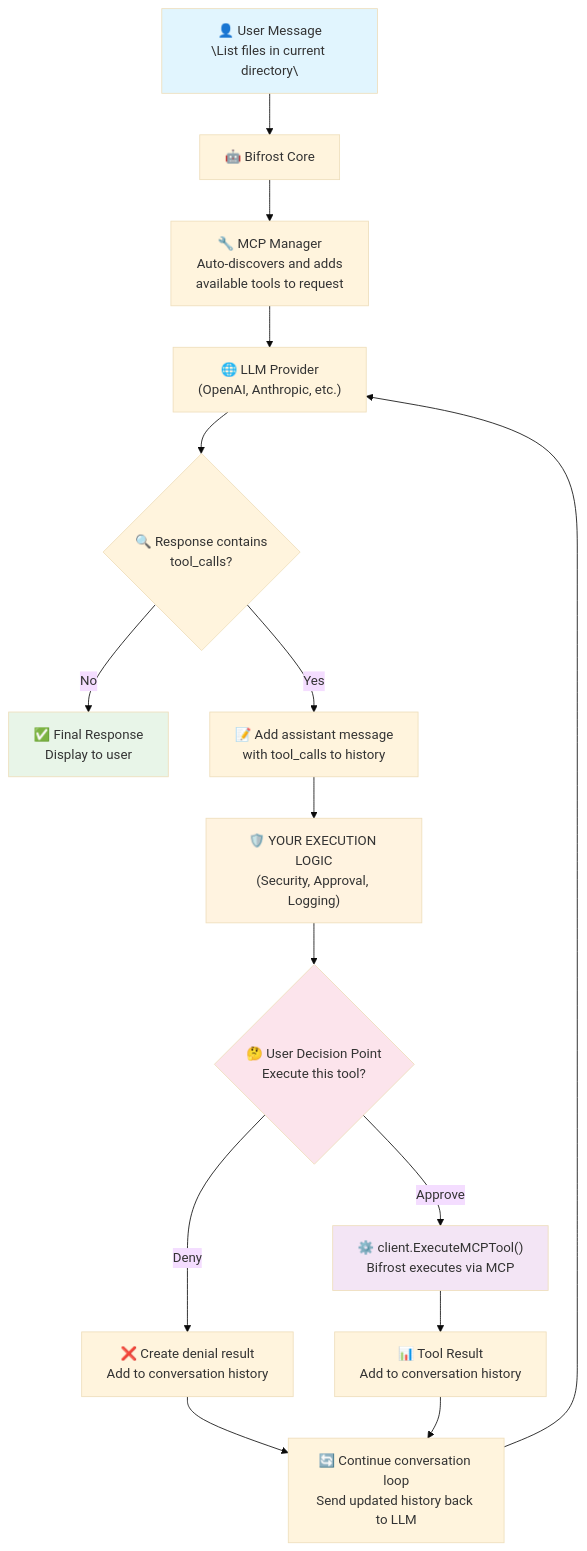
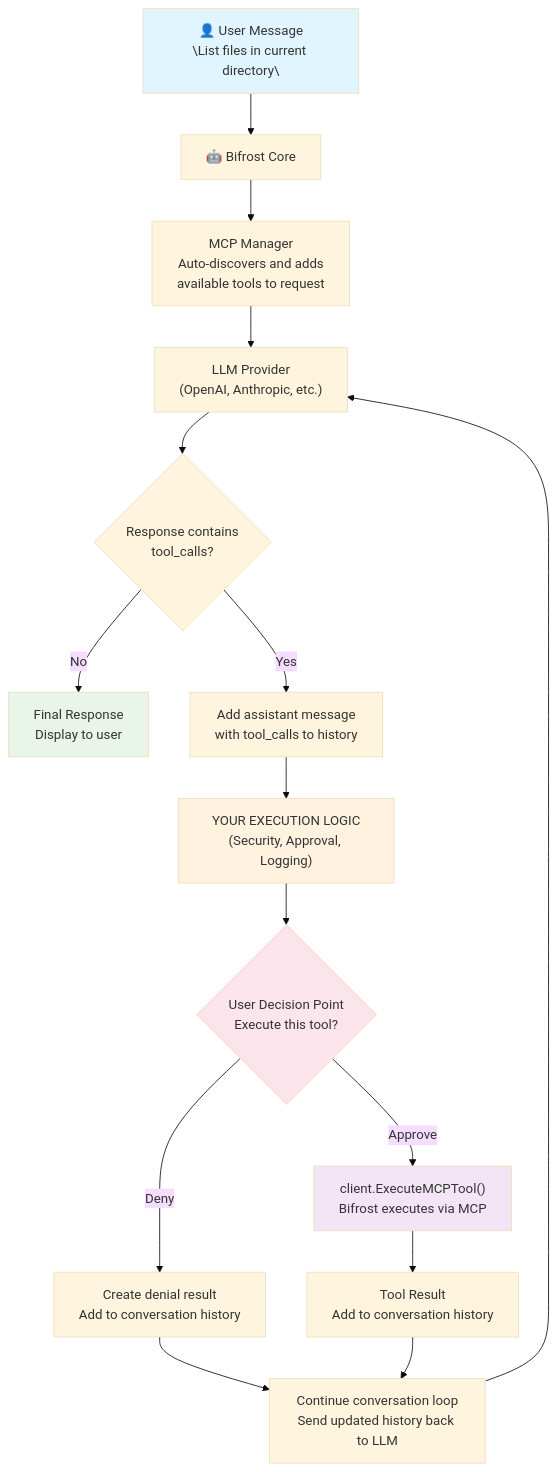
Before and after one commit to maximhq/maxim-docs: the sixth of 7 diagrams in bifrost/architecture/mcp.mdx, drawn with Mermaid (base theme). The commit also changed other lines of this file and 35 other files, not shown here.

````diff
--- a/bifrost/architecture/mcp.mdx
+++ b/bifrost/architecture/mcp.mdx
@@ -343,35 +341,35 @@
 ```mermaid
 flowchart TD
     A["👤 User Message<br/>\"List files in current directory\""] --> B["🤖 Bifrost Core"]
 
-    B --> C["🔧 MCP Manager<br/>Auto-discovers and adds<br/>available tools to request"]
+    B --> C["MCP Manager<br/>Auto-discovers and adds<br/>available tools to request"]
 
-    C --> D["🌐 LLM Provider<br/>(OpenAI, Anthropic, etc.)"]
+    C --> D["LLM Provider<br/>(OpenAI, Anthropic, etc.)"]
 
-    D --> E{"🔍 Response contains<br/>tool_calls?"}
+    D --> E{"Response contains<br/>tool_calls?"}
 
-    E -->|No| F["✅ Final Response<br/>Display to user"]
+    E -->|No| F["Final Response<br/>Display to user"]
 
-    E -->|Yes| G["📝 Add assistant message<br/>with tool_calls to history"]
+    E -->|Yes| G["Add assistant message<br/>with tool_calls to history"]
 
-    G --> H["🛡️ YOUR EXECUTION LOGIC<br/>(Security, Approval, Logging)"]
+    G --> H["YOUR EXECUTION LOGIC<br/>(Security, Approval, Logging)"]
 
-    H --> I{"🤔 User Decision Point<br/>Execute this tool?"}
+    H --> I{"User Decision Point<br/>Execute this tool?"}
 
-    I -->|Deny| J["❌ Create denial result<br/>Add to conversation history"]
+    I -->|Deny| J["Create denial result<br/>Add to conversation history"]
 
-    I -->|Approve| K["⚙️ client.ExecuteMCPTool()<br/>Bifrost executes via MCP"]
+    I -->|Approve| K["client.ExecuteMCPTool()<br/>Bifrost executes via MCP"]
 
-    K --> L["📊 Tool Result<br/>Add to conversation history"]
+    K --> L["Tool Result<br/>Add to conversation history"]
 
-    J --> M["🔄 Continue conversation loop<br/>Send updated history back to LLM"]
+    J --> M["Continue conversation loop<br/>Send updated history back to LLM"]
     L --> M
 
     M --> D
 
     style A fill:#e1f5fe
     style F fill:#e8f5e8
     style H fill:#fff3e0
     style I fill:#fce4ec
     style K fill:#f3e5f5
 ```
````
